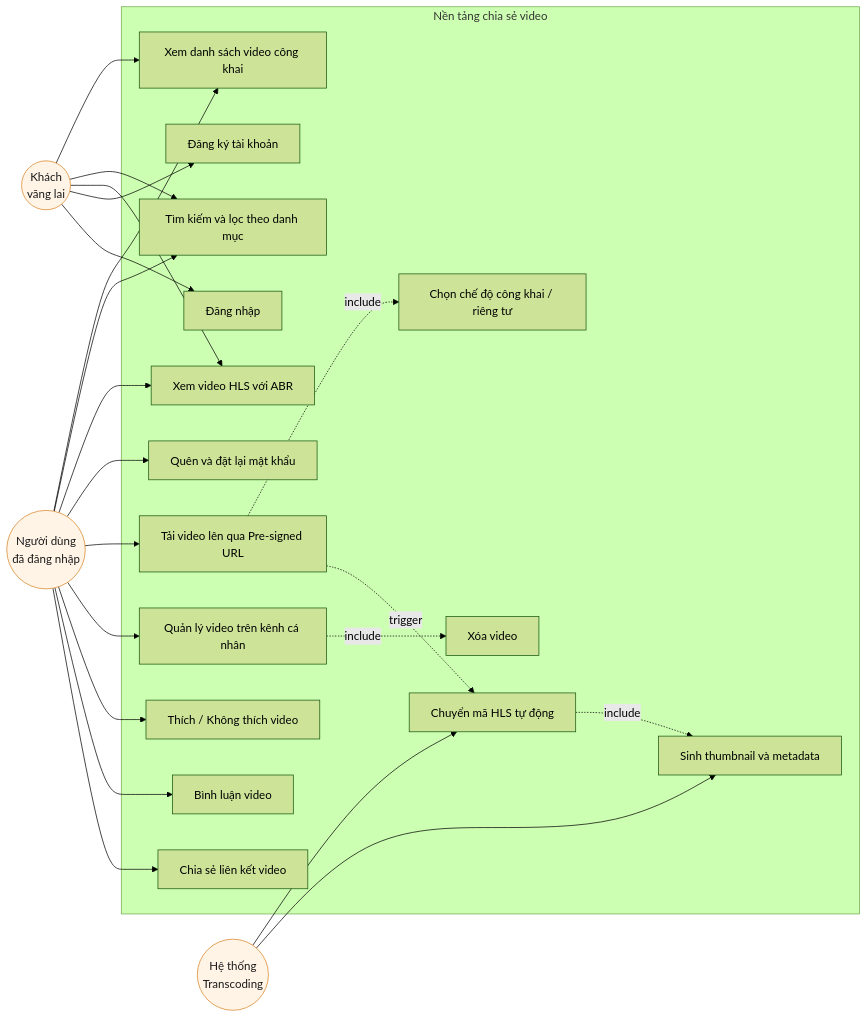
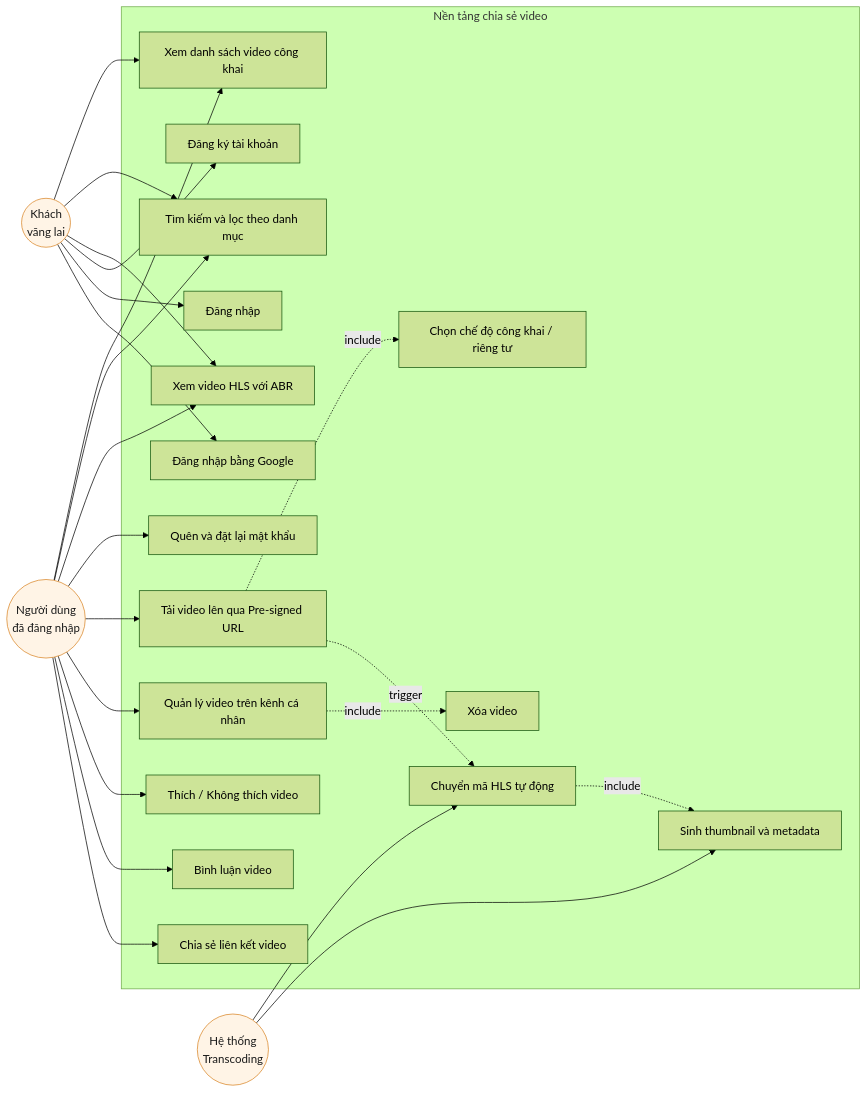
The diagram in docs/diagrams/src/05-use-case.mmd (DinhQuocCuong28664/DACNTT_VideoStreaming), drawn with Mermaid (forest theme) before and after one commit. The commit also changed 14 other files, not shown here.

```diff
--- a/docs/diagrams/src/05-use-case.mmd
+++ b/docs/diagrams/src/05-use-case.mmd
@@ -1,49 +1,51 @@
 graph LR
     Guest(("Khách<br/>vãng lai"))
     User(("Người dùng<br/>đã đăng nhập"))
     System(("Hệ thống<br/>Transcoding"))
 
     subgraph UC["Nền tảng chia sẻ video"]
         UC1["Xem danh sách video công khai"]
         UC2["Tìm kiếm và lọc theo danh mục"]
         UC3["Xem video HLS với ABR"]
         UC4["Đăng ký tài khoản"]
         UC5["Đăng nhập"]
         UC6["Quên và đặt lại mật khẩu"]
+        UC16["Đăng nhập bằng Google"]
         UC7["Tải video lên qua Pre-signed URL"]
         UC8["Chọn chế độ công khai / riêng tư"]
         UC9["Quản lý video trên kênh cá nhân"]
         UC10["Xóa video"]
         UC11["Thích / Không thích video"]
         UC12["Bình luận video"]
         UC13["Chia sẻ liên kết video"]
         UC14["Chuyển mã HLS tự động"]
         UC15["Sinh thumbnail và metadata"]
     end
 
     Guest --> UC1
     Guest --> UC2
     Guest --> UC3
     Guest --> UC4
     Guest --> UC5
+    Guest --> UC16
 
     User --> UC1
     User --> UC2
     User --> UC3
     User --> UC6
     User --> UC7
     User --> UC9
     User --> UC11
     User --> UC12
     User --> UC13
 
     UC7 -.->|"include"| UC8
     UC9 -.->|"include"| UC10
     UC7 -.->|"trigger"| UC14
 
     System --> UC14
     System --> UC15
     UC14 -.->|"include"| UC15
 
     classDef actor fill:#fff4e6,stroke:#d98324,color:#1a1a1a
     class Guest,User,System actor
```
